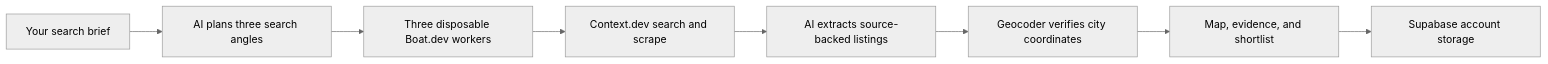
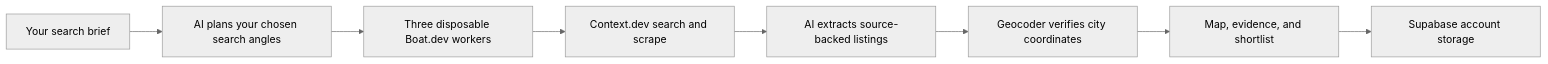
The diagram in README.md (jacobwell/Duck.Sale), drawn with Mermaid (neutral theme) before and after one commit. The commit also changed other lines of this file and 11 other files, not shown here.

````diff
--- a/README.md
+++ b/README.md
@@ -105,10 +105,10 @@
 ```mermaid
 flowchart LR
-  A[Your search brief] --> B[AI plans three search angles]
+  A[Your search brief] --> B[AI plans your chosen search angles]
   B --> C[Three disposable Boat.dev workers]
   C --> D[Context.dev search and scrape]
   D --> E[AI extracts source-backed listings]
   E --> F[Geocoder verifies city coordinates]
   F --> G[Map, evidence, and shortlist]
   G --> H[Supabase account storage]
 ```
````
